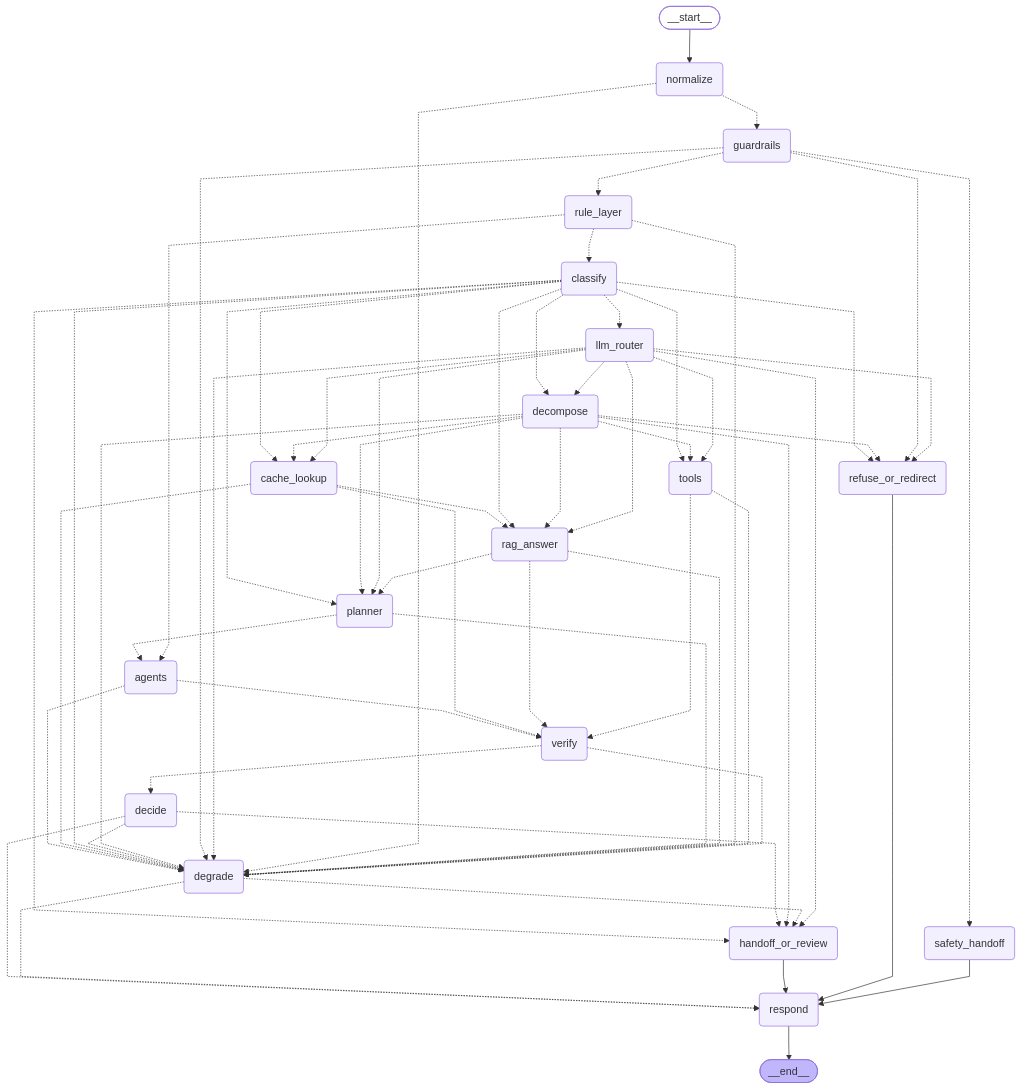
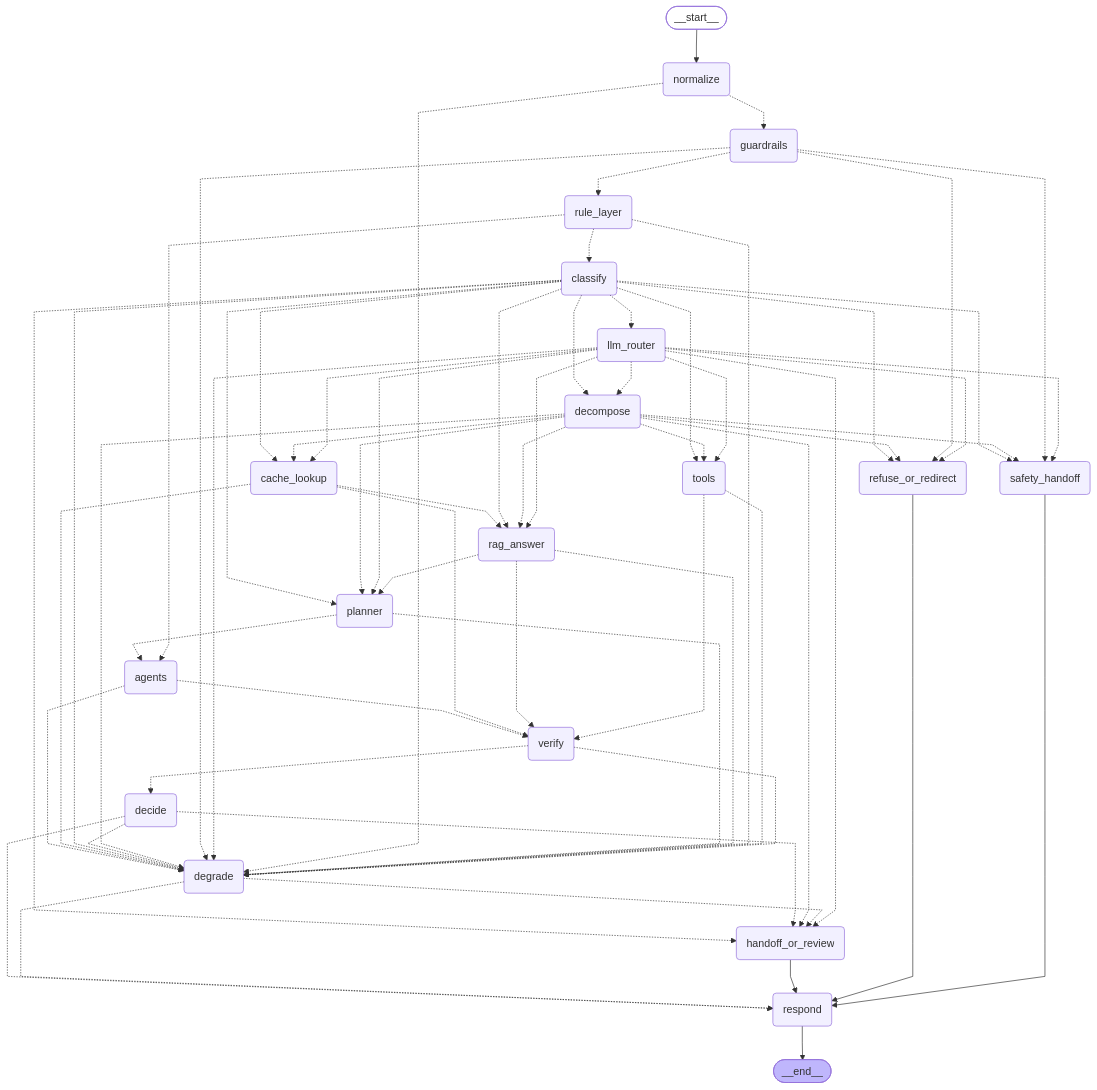
One commit to FreakForever/customer-service-poc changed the diagram in services/agent/app/orchestrator/graph.mmd. Above: the diagram before and after it, drawn with Mermaid. The commit also changed 28 other files, not shown here.

First line of the commit message:
BS-13: Intent classifier and LLM fallback router (80%)

```diff
--- a/services/agent/app/orchestrator/graph.mmd
+++ b/services/agent/app/orchestrator/graph.mmd
@@ -1,86 +1,89 @@
 ---
 config:
   flowchart:
     curve: linear
 ---
 graph TD;
 	__start__([<p>__start__</p>]):::first
 	normalize(normalize)
 	guardrails(guardrails)
 	safety_handoff(safety_handoff)
 	refuse_or_redirect(refuse_or_redirect)
 	rule_layer(rule_layer)
 	classify(classify)
 	llm_router(llm_router)
 	decompose(decompose)
 	tools(tools)
 	cache_lookup(cache_lookup)
 	rag_answer(rag_answer)
 	planner(planner)
 	agents(agents)
 	verify(verify)
 	decide(decide)
 	handoff_or_review(handoff_or_review)
 	degrade(degrade)
 	respond(respond)
 	__end__([<p>__end__</p>]):::last
 	__start__ --> normalize;
 	agents -.-> degrade;
 	agents -.-> verify;
 	cache_lookup -.-> degrade;
 	cache_lookup -.-> rag_answer;
 	cache_lookup -.-> verify;
 	classify -.-> cache_lookup;
 	classify -.-> decompose;
 	classify -.-> degrade;
 	classify -.-> handoff_or_review;
 	classify -.-> llm_router;
 	classify -.-> planner;
 	classify -.-> rag_answer;
 	classify -.-> refuse_or_redirect;
+	classify -.-> safety_handoff;
 	classify -.-> tools;
 	decide -.-> degrade;
 	decide -.-> handoff_or_review;
 	decide -.-> respond;
 	decompose -.-> cache_lookup;
 	decompose -.-> degrade;
 	decompose -.-> handoff_or_review;
 	decompose -.-> planner;
 	decompose -.-> rag_answer;
 	decompose -.-> refuse_or_redirect;
+	decompose -.-> safety_handoff;
 	decompose -.-> tools;
 	degrade -.-> handoff_or_review;
 	degrade -.-> respond;
 	guardrails -.-> degrade;
 	guardrails -.-> refuse_or_redirect;
 	guardrails -.-> rule_layer;
 	guardrails -.-> safety_handoff;
 	handoff_or_review --> respond;
 	llm_router -.-> cache_lookup;
 	llm_router -.-> decompose;
 	llm_router -.-> degrade;
 	llm_router -.-> handoff_or_review;
 	llm_router -.-> planner;
 	llm_router -.-> rag_answer;
 	llm_router -.-> refuse_or_redirect;
+	llm_router -.-> safety_handoff;
 	llm_router -.-> tools;
 	normalize -.-> degrade;
 	normalize -.-> guardrails;
 	planner -.-> agents;
 	planner -.-> degrade;
 	rag_answer -.-> degrade;
 	rag_answer -.-> planner;
 	rag_answer -.-> verify;
 	refuse_or_redirect --> respond;
 	rule_layer -.-> agents;
 	rule_layer -.-> classify;
 	rule_layer -.-> degrade;
 	safety_handoff --> respond;
 	tools -.-> degrade;
 	tools -.-> verify;
 	verify -.-> decide;
 	verify -.-> degrade;
 	respond --> __end__;
 	classDef default fill:#f2f0ff,line-height:1.2
 	classDef first fill-opacity:0
 	classDef last fill:#bfb6fc
```
